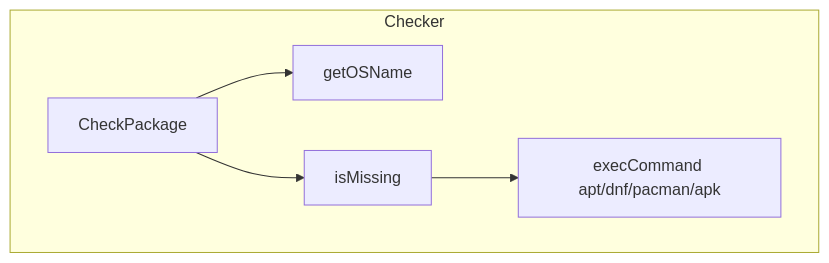
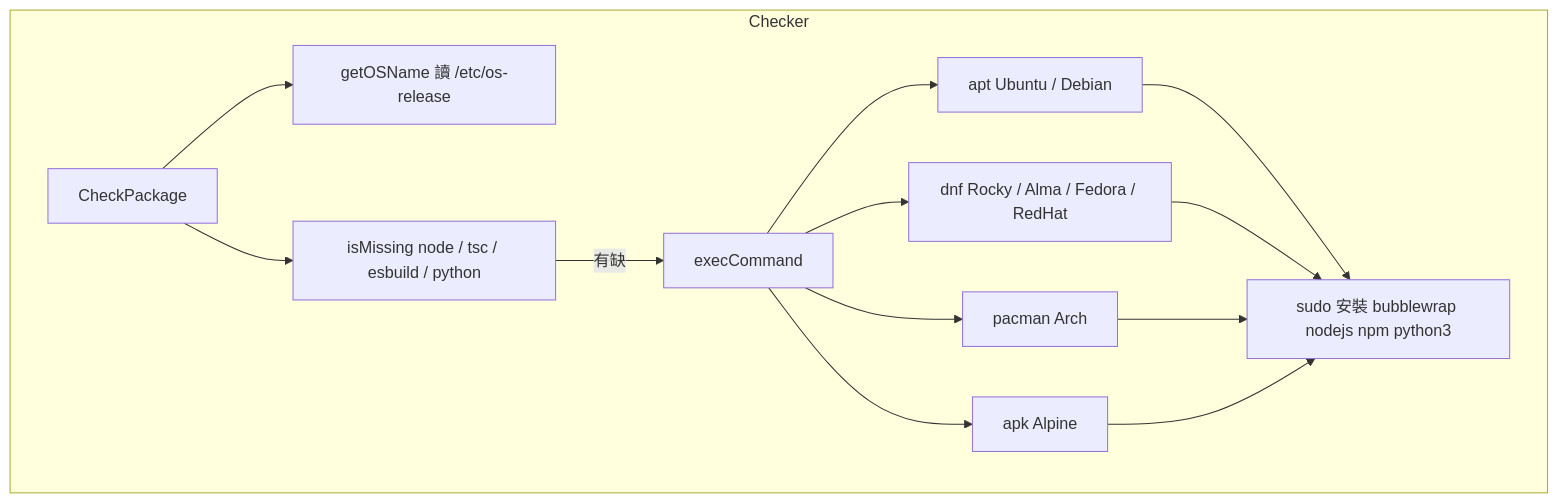
One commit to pardnchiu/HakoRun changed the eighth of 10 diagrams in doc/architecture.zh.md. Above: the diagram before and after it, drawn with Mermaid. The commit also changed other lines of this file and 17 other files, not shown here.

````diff
--- a/doc/architecture.zh.md
+++ b/doc/architecture.zh.md
@@ -89,8 +160,16 @@
 ```mermaid
 graph TB
     subgraph Checker
-        CheckPackage[CheckPackage] --> OSName[getOSName]
-        CheckPackage --> Missing[isMissing]
-        Missing --> Install[execCommand apt/dnf/pacman/apk]
+        CheckPackage[CheckPackage] --> OS[getOSName 讀 /etc/os-release]
+        CheckPackage --> Missing[isMissing node / tsc / esbuild / python]
+        Missing -->|有缺| Exec[execCommand]
+        Exec --> Apt[apt Ubuntu / Debian]
+        Exec --> Dnf[dnf Rocky / Alma / Fedora / RedHat]
+        Exec --> Pacman[pacman Arch]
+        Exec --> Apk[apk Alpine]
+        Apt --> Install[sudo 安裝 bubblewrap nodejs npm python3]
+        Dnf --> Install
+        Pacman --> Install
+        Apk --> Install
     end
 ```
````
